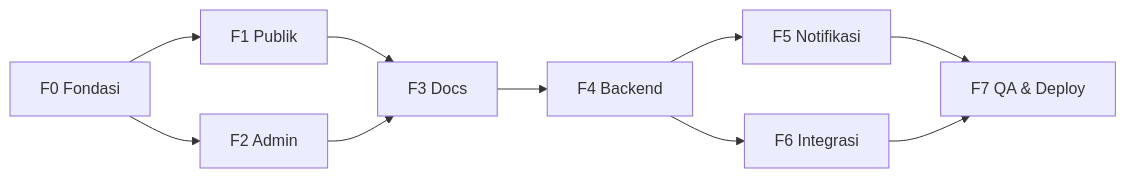
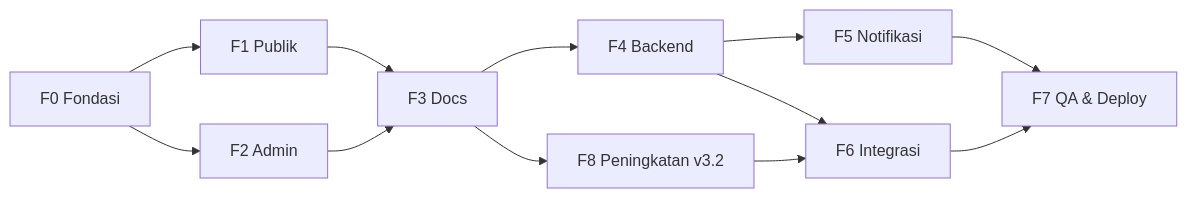
The first of 2 diagrams in docs/SP_Portal_Task_Breakdown_v1.0.md (ivanpwh/sp-portal-Op4.8), drawn with Mermaid before and after one commit. The commit also changed other lines of this file and 26 other files, not shown here.

````diff
--- a/docs/SP_Portal_Task_Breakdown_v1.0.md
+++ b/docs/SP_Portal_Task_Breakdown_v1.0.md
@@ -29,12 +32,14 @@
 ```mermaid
 graph LR
   F0[F0 Fondasi] --> F1[F1 Publik]
   F0 --> F2[F2 Admin]
   F1 --> F3[F3 Docs]
   F2 --> F3
   F3 --> F4[F4 Backend]
+  F3 --> F8[F8 Peningkatan v3.2]
   F4 --> F5[F5 Notifikasi]
   F4 --> F6[F6 Integrasi]
+  F8 --> F6
   F5 --> F7[F7 QA & Deploy]
   F6 --> F7
 ```
````
